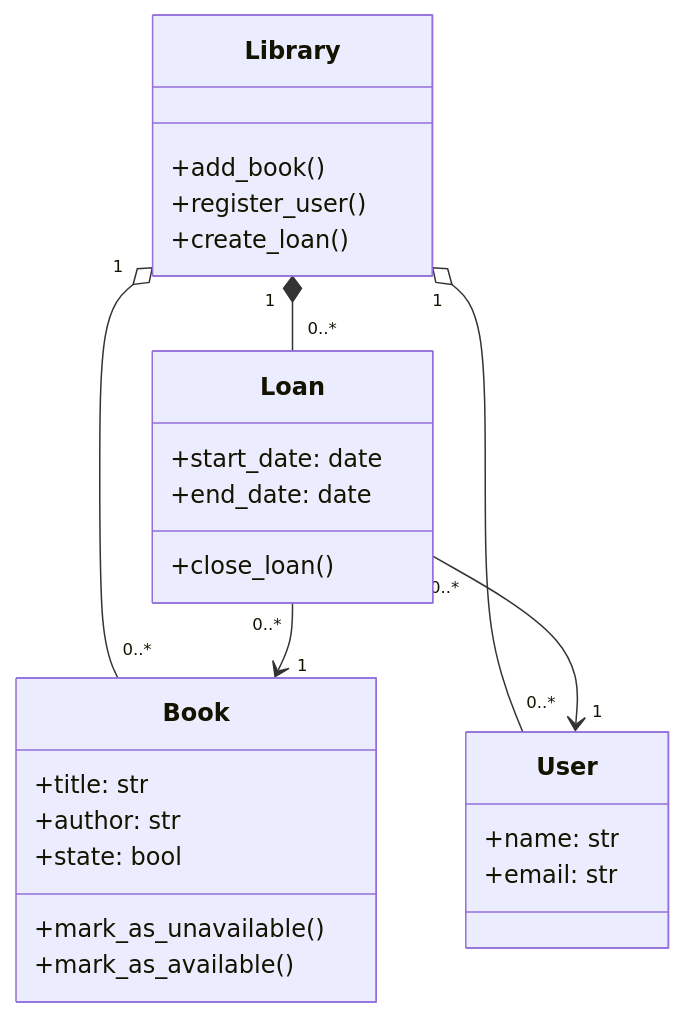
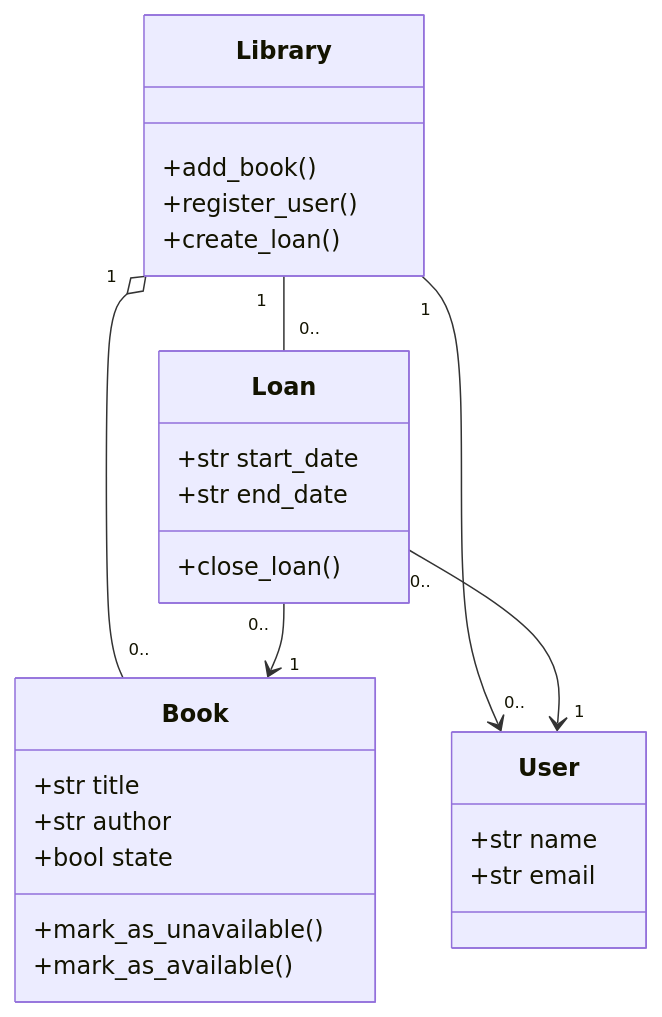
Before and after one commit to rakanjazzar-eng/holbertonschool-sw_design_architecture: the diagram in uml_intro/0-class_diagram.mmd, drawn with Mermaid.

````diff
--- a/uml_intro/0-class_diagram.mmd
+++ b/uml_intro/0-class_diagram.mmd
@@ -1,30 +1,35 @@
-```mermaid
 classDiagram
-    class Library {
-        +add_book()
-        +register_user()
-        +create_loan()
-    }
-    class Book {
-        +title: str
-        +author: str
-        +state: bool
-        +mark_as_unavailable()
-        +mark_as_available()
-    }
-    class User {
-        +name: str
-        +email: str
-    }
-    class Loan {
-        +start_date: date
-        +end_date: date
-        +close_loan()
-    }
 
-    Library "1" o-- "0..*" Book
-    Library "1" o-- "0..*" User
-    Library "1" *-- "0..*" Loan
-    Loan "0..*" --> "1" Book
-    Loan "0..*" --> "1" User
-```
+class Library{
+    +add_book()
+    +register_user()
+    +create_loan()
+}
+
+class Book{
+    +str title
+    +str author
+    +bool state
+    +mark_as_unavailable()
+    +mark_as_available()
+}
+
+Library "1" o-- "0.." Book
+
+class User{
+    +str name
+    +str email
+}
+
+Library "1" --> "0.." User
+
+class Loan{
+    +str start_date
+    +str end_date
+    +close_loan()
+}
+Loan "0.." --> "1" Book
+
+Loan "0.." --> "1" User
+
+Library "1" -- "0.." Loan
````
